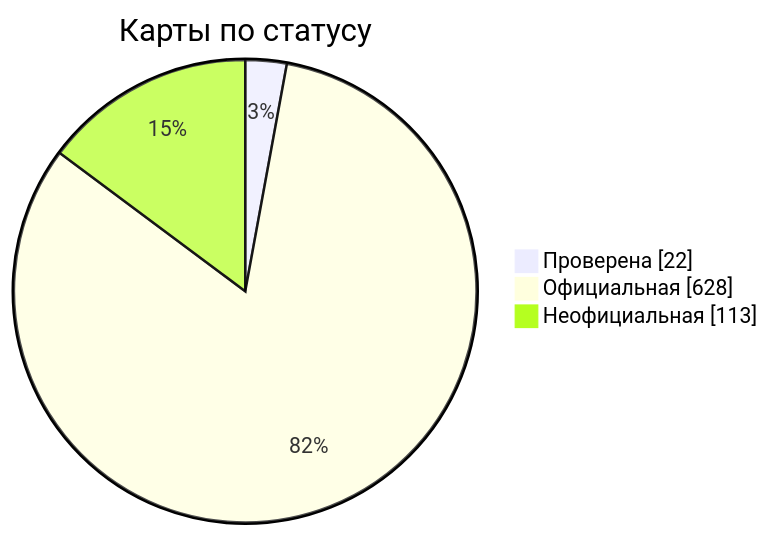
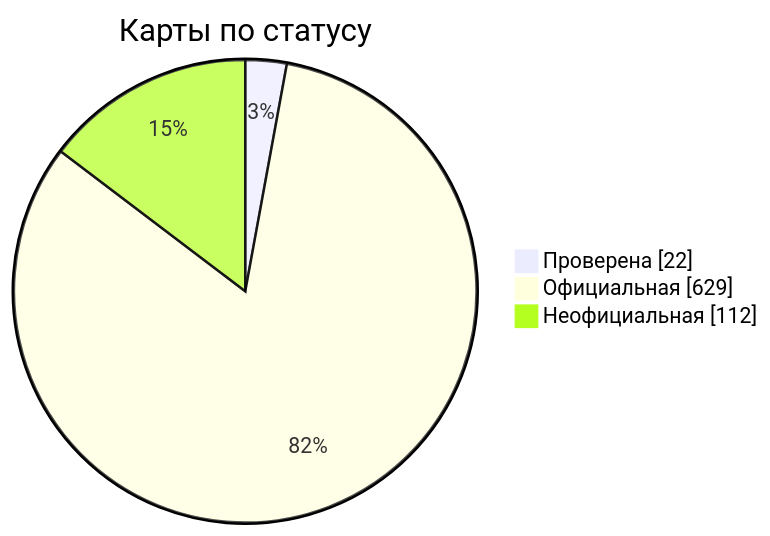
Before and after one commit to nobrega8/mbmap-library: the diagram in docs/readme/README_RU.md, drawn with Mermaid. The commit also changed 6 other files, not shown here.

````diff
--- a/docs/readme/README_RU.md
+++ b/docs/readme/README_RU.md
@@ -54,7 +54,7 @@
 ```mermaid
 pie showData
     title Карты по статусу
     "Проверена" : 22
-    "Официальная" : 628
-    "Неофициальная" : 113
+    "Официальная" : 629
+    "Неофициальная" : 112
 ```
````
